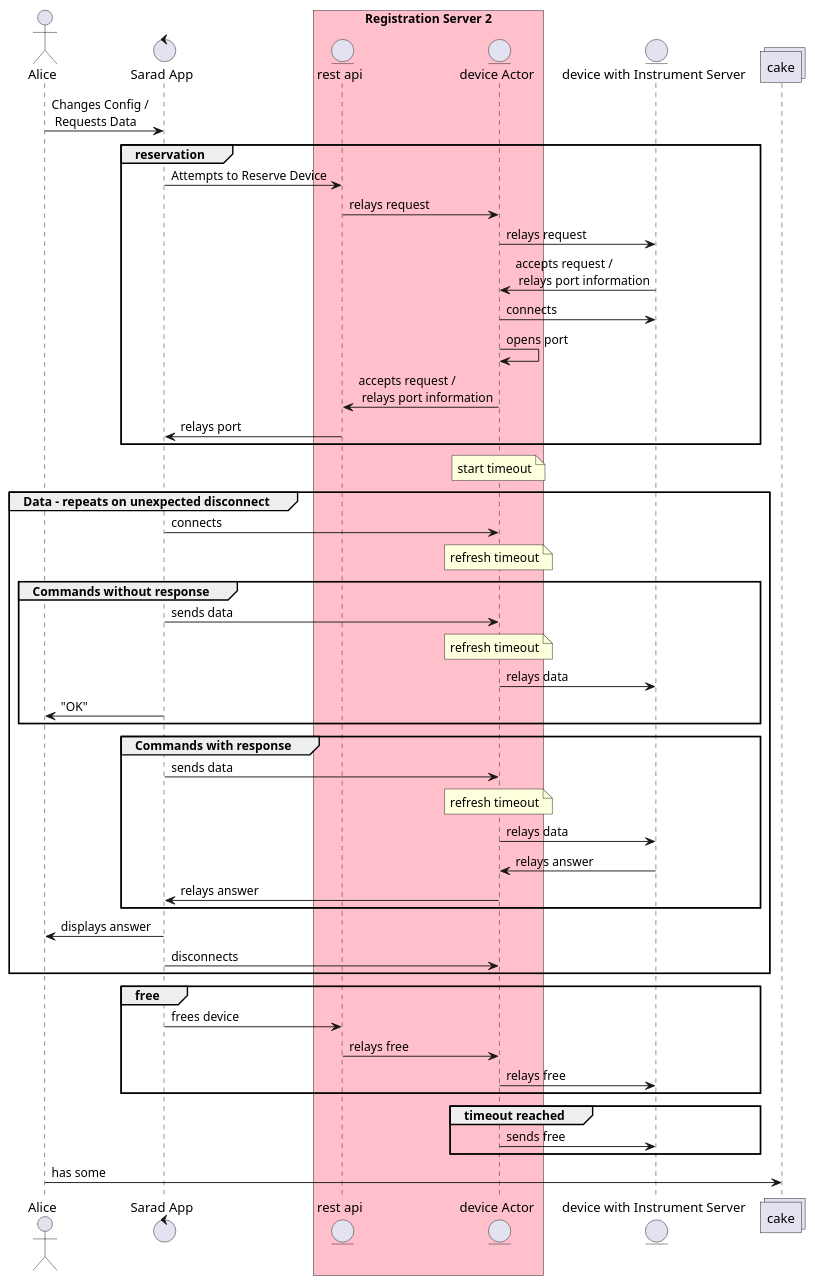
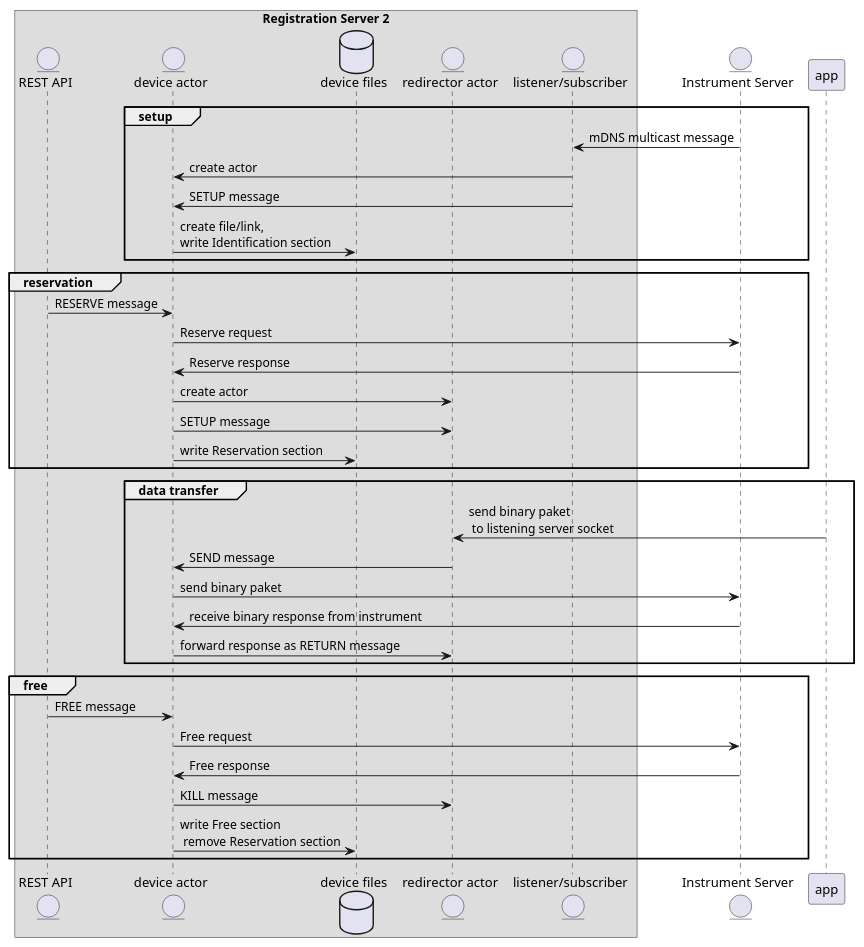
One commit to SARAD-GmbH/RegServer changed the diagram in doc/source/uml-device_base_actor.puml. Above: the diagram before and after it, drawn with PlantUML. The commit also changed 73 other files, not shown here.

First line of the commit message:
Docs: detail UML diagrams for modules

```diff
--- a/doc/source/uml-device_base_actor.puml
+++ b/doc/source/uml-device_base_actor.puml
@@ -1,51 +1,39 @@
 @startuml
-actor "Alice" as user
-control "Sarad App" as app
-box "Registration Server 2" #pink
-	entity "rest api" as api
-	entity "device Actor" as deviceactor
+box "Registration Server 2"
+	      entity "REST API" as api
+	      entity "device actor" as deviceactor
+        database "device files" as files
+        entity "redirector actor" as redirector
+        entity "listener/subscriber" as listener
 end box
-entity "device with Instrument Server" as device
-user->app:Changes Config /\n Requests Data
+entity "Instrument Server" as is
 
+group setup
+        is -> listener: mDNS multicast message
+        listener -> deviceactor: create actor
+        listener -> deviceactor: SETUP message
+        deviceactor -> files: create file/link,\nwrite Identification section
+end
 group reservation
-	app->api:Attempts to Reserve Device
-	api->deviceactor:relays request
-	deviceactor->device:relays request
-	device->deviceactor:accepts request /\n relays port information
-	deviceactor->device:connects
-	deviceactor->deviceactor:opens port
-	deviceactor->api:accepts request /\n relays port information
-	api->app:relays port
+	      api -> deviceactor: RESERVE message
+        deviceactor -> is: Reserve request
+        is -> deviceactor: Reserve response
+        deviceactor -> redirector: create actor
+        deviceactor -> redirector: SETUP message
+        deviceactor -> files: write Reservation section
 end
-note over deviceactor: start timeout
-group Data - repeats on unexpected disconnect
-	app->deviceactor:connects
-	note over deviceactor: refresh timeout
-	group Commands without response
-		app->deviceactor:sends data
-		note over deviceactor: refresh timeout
-		deviceactor->device:relays data
-		app->user:"OK"
-	end
-	group Commands with response
-		app->deviceactor:sends data
-		note over deviceactor: refresh timeout
-		deviceactor->device:relays data
-		device->deviceactor:relays answer
-		deviceactor->app:relays answer
-	end
-	app->user:displays answer
-	app->deviceactor:disconnects
+group data transfer
+	      app -> redirector: send binary paket\n to listening server socket
+        redirector -> deviceactor: SEND message
+        deviceactor -> is: send binary paket
+        is -> deviceactor: receive binary response from instrument
+        deviceactor -> redirector: forward response as RETURN message
 end
 group free
-	app->api:frees device
-	api->deviceactor:relays free
-	deviceactor->device:relays free
+	      api -> deviceactor: FREE message
+        deviceactor -> is: Free request
+        is -> deviceactor: Free response
+        deviceactor -> redirector: KILL message
+        deviceactor -> files: write Free section\n remove Reservation section
 end
-group timeout reached
-	deviceactor->device:sends free
-end
-collections cake
-user->cake:has some
 @enduml
```
